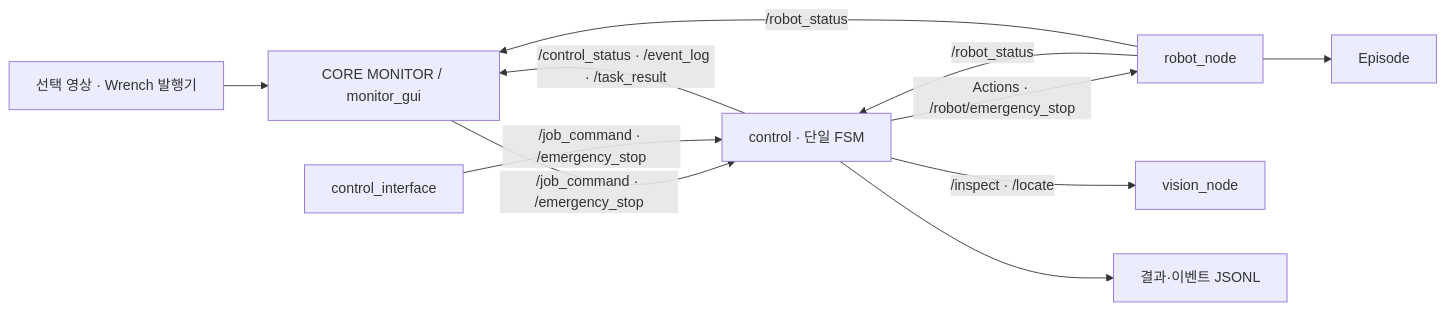
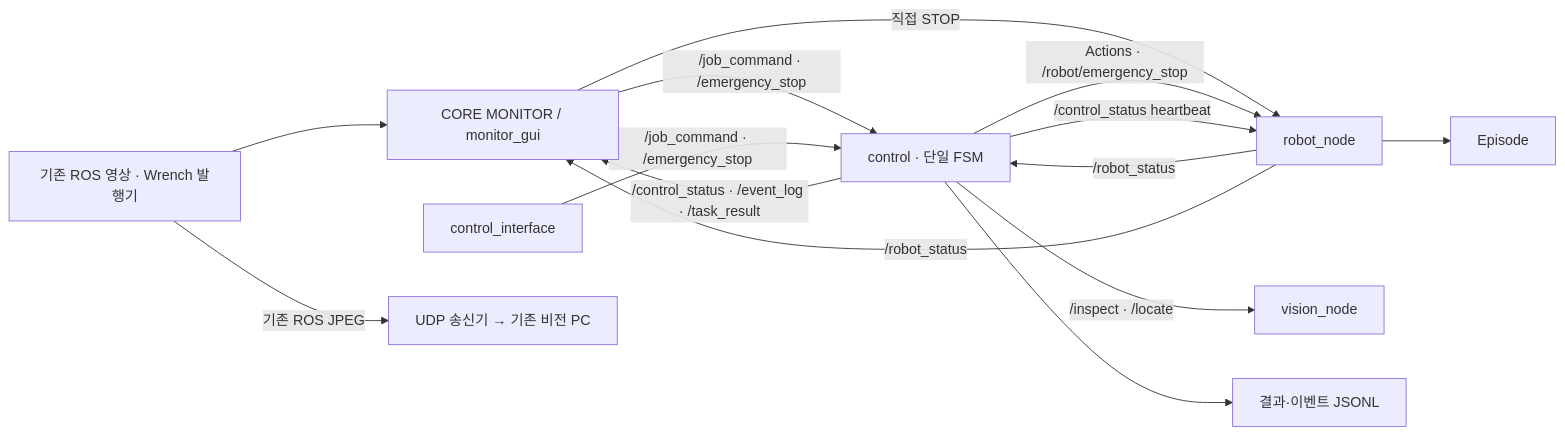
One commit to CHOI-510/rokey10_b1_2nd_core changed the first of 2 diagrams in docs/ARCHITECTURE.md. Above: the diagram before and after it, drawn with Mermaid. The commit also changed other lines of this file and 43 other files, not shown here.

````diff
--- a/docs/ARCHITECTURE.md
+++ b/docs/ARCHITECTURE.md
@@ -15,13 +15,16 @@
 ```mermaid
 flowchart LR
     M["CORE MONITOR / monitor_gui"] -->|"/job_command · /emergency_stop"| C["control · 단일 FSM"]
+    M -->|"직접 STOP"| R
     CLI["control_interface"] -->|"/job_command · /emergency_stop"| C
     C -->|"Actions · /robot/emergency_stop"| R["robot_node"]
     C -->|"/inspect · /locate"| V["vision_node"]
+    C -->|"/control_status heartbeat"| R
     R -->|"/robot_status"| C
     R -->|"/robot_status"| M
     C -->|"/control_status · /event_log · /task_result"| M
-    S["선택 영상 · Wrench 발행기"] --> M
+    S["기존 ROS 영상 · Wrench 발행기"] --> M
+    S -->|"기존 ROS JPEG"| U["UDP 송신기 → 기존 비전 PC"]
     C --> J["결과·이벤트 JSONL"]
     R --> E["Episode"]
 ```
````
